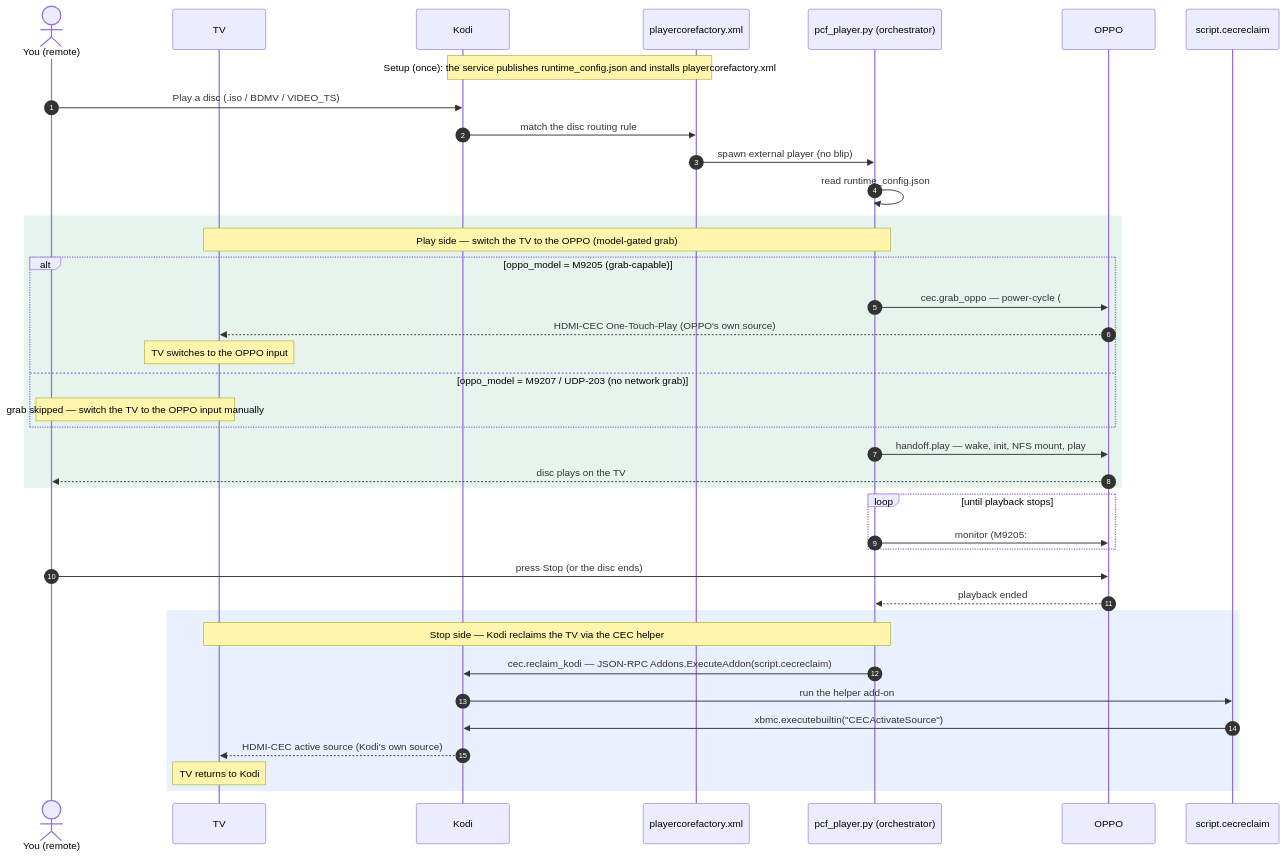
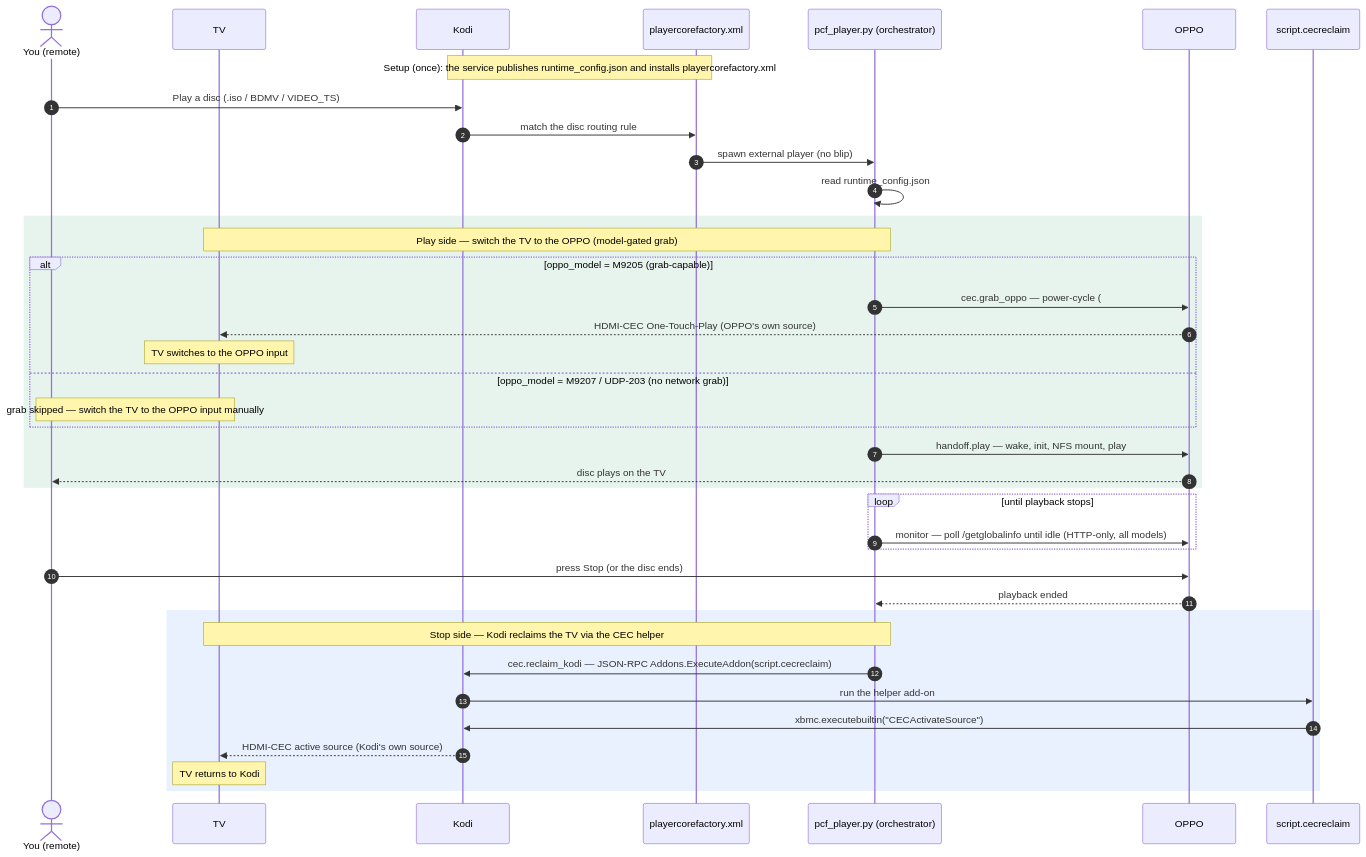
The first of 2 diagrams in docs/DIAGRAMS.md (skull-01/OppoKodiBridge-v4), drawn with Mermaid before and after one commit. The commit also changed other lines of this file and 4 other files, not shown here.

First line of the commit message:
docs(release): v4.1.3 — HTTP-only stop monitor (verbose #SVM 3 removed)

````diff
--- a/docs/DIAGRAMS.md
+++ b/docs/DIAGRAMS.md
@@ -36,47 +36,47 @@
 ```mermaid
 sequenceDiagram
     autonumber
     actor You as You (remote)
     participant TV
     participant Kodi
     participant PCF as playercorefactory.xml
     participant Player as pcf_player.py (orchestrator)
     participant OPPO
     participant Helper as script.cecreclaim
 
     Note over Kodi,PCF: Setup (once): the service publishes runtime_config.json and installs playercorefactory.xml
 
     You->>Kodi: Play a disc (.iso / BDMV / VIDEO_TS)
     Kodi->>PCF: match the disc routing rule
     PCF->>Player: spawn external player (no blip)
     Player->>Player: read runtime_config.json
 
     rect rgb(231, 244, 238)
     Note over Player,TV: Play side — switch the TV to the OPPO (model-gated grab)
     alt oppo_model = M9205 (grab-capable)
         Player->>OPPO: cec.grab_oppo — power-cycle (#POF then #PON)
         OPPO-->>TV: HDMI-CEC One-Touch-Play (OPPO's own source)
         Note over TV: TV switches to the OPPO input
     else oppo_model = M9207 / UDP-203 (no network grab)
         Note over You,TV: grab skipped — switch the TV to the OPPO input manually
     end
     Player->>OPPO: handoff.play — wake, init, NFS mount, play
     OPPO-->>You: disc plays on the TV
     end
 
     loop until playback stops
-        Player->>OPPO: monitor (M9205: #SVM 3 push + HTTP; M9207: HTTP only)
+        Player->>OPPO: monitor — poll /getglobalinfo until idle (HTTP-only, all models)
     end
 
     You->>OPPO: press Stop (or the disc ends)
     OPPO-->>Player: playback ended
 
     rect rgb(233, 240, 254)
     Note over Player,TV: Stop side — Kodi reclaims the TV via the CEC helper
     Player->>Kodi: cec.reclaim_kodi — JSON-RPC Addons.ExecuteAddon(script.cecreclaim)
     Kodi->>Helper: run the helper add-on
     Helper->>Kodi: xbmc.executebuiltin("CECActivateSource")
     Kodi-->>TV: HDMI-CEC active source (Kodi's own source)
     Note over TV: TV returns to Kodi
     end
 ```
````
